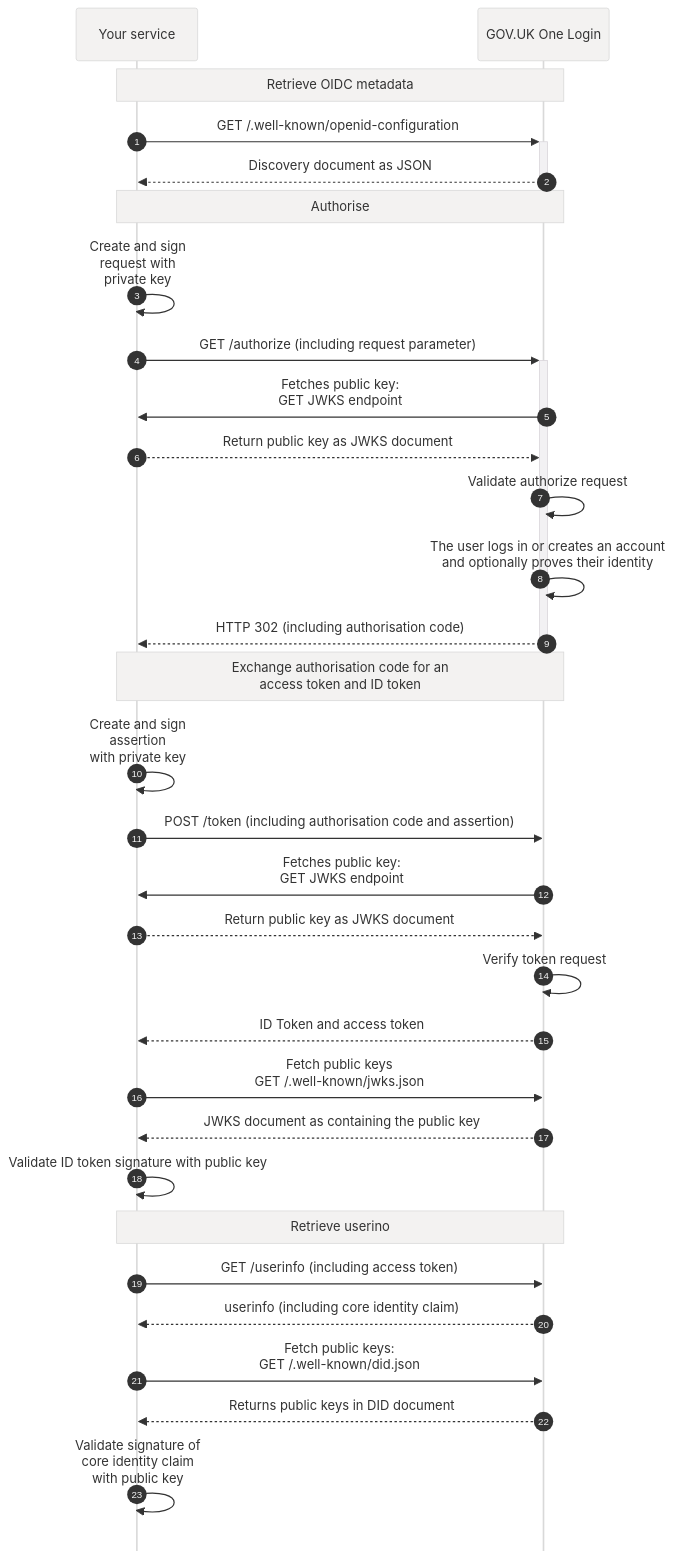
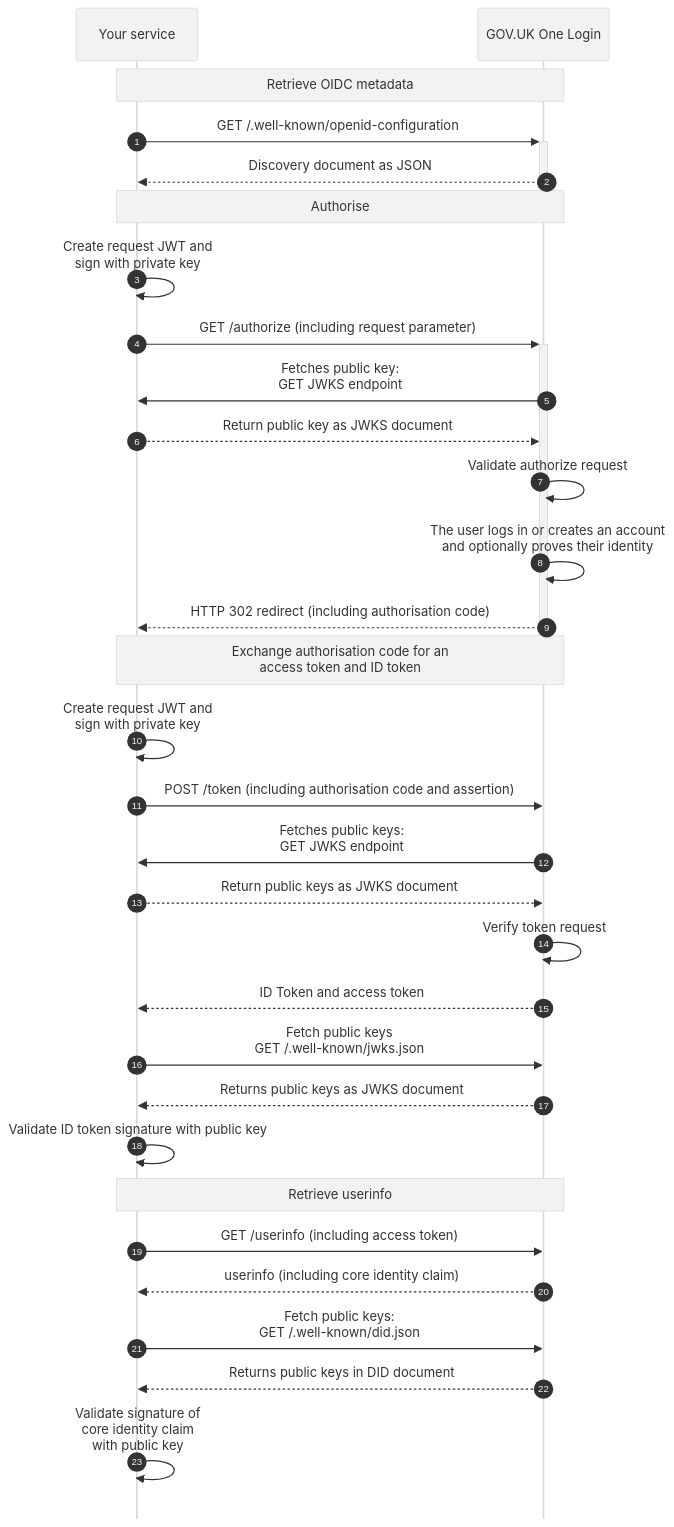
Before and after one commit to govuk-one-login/tech-docs: the diagram in source/images/originals/technical-flow-diagram-extended.mmd, drawn with Mermaid. The commit also changed 3 other files, not shown here.

Commit message:
iterate diagram

```diff
--- a/source/images/originals/technical-flow-diagram-extended.mmd
+++ b/source/images/originals/technical-flow-diagram-extended.mmd
@@ -1,40 +1,40 @@
 ---
 config:
   mirrorActors: false
   theme: base
   themeVariables:
     primaryColor: "#f3f2f1"
     fontSize: 24px 
     noteBkgColor: "#f3f2f1"  
 ---
 ﻿﻿sequenceDiagram
   autonumber
   participant S as Your service
   participant OL as GOV.UK One Login
   Note over S,OL: Retrieve OIDC metadata
   S->>+OL: GET /.well-known/openid-configuration
   OL-->>-S: Discovery document as JSON 
   Note over S,OL: Authorise
-  S->>S: Create and sign <br/>request with<br/>private key
+  S->>S: Create request JWT and <br/>sign with private key
   S->>+OL: GET /authorize (including request parameter)
   OL->>S: Fetches public key:<br/>GET JWKS endpoint
   S-->>OL: Return public key as JWKS document
   OL->>OL: Validate authorize request
   OL->>OL: The user logs in or creates an account<br/>and optionally proves their identity
-  OL-->>-S: HTTP 302 (including authorisation code)
+  OL-->>-S: HTTP 302 redirect (including authorisation code)
   Note over S,OL: Exchange authorisation code for an <br/>access token and ID token
-  S->>S: Create and sign<br/>assertion <br/>with private key
+  S->>S: Create request JWT and <br/>sign with private key
   S->>OL: POST /token (including authorisation code and assertion)
-  OL->>S: Fetches public key:<br/>GET JWKS endpoint
-  S-->>OL: Return public key as JWKS document
+  OL->>S: Fetches public keys:<br/>GET JWKS endpoint
+  S-->>OL: Return public keys as JWKS document
   OL->>OL: Verify token request
   OL-->>S: ID Token and access token
   S->>OL: Fetch public keys<br/>GET /.well-known/jwks.json
-  OL-->>S: JWKS document as containing the public key 
+  OL-->>S: Returns public keys as JWKS document 
   S->>S: Validate ID token signature with public key
-  Note over S,OL: Retrieve userino 
+  Note over S,OL: Retrieve userinfo 
   S->>OL: GET /userinfo (including access token)
   OL-->>S: userinfo (including core identity claim)
   S->>OL: Fetch public keys:<br/>GET /.well-known/did.json
   OL-->>S: Returns public keys in DID document
   S->>S: Validate signature of<br/>core identity claim<br/>with public key 
```
